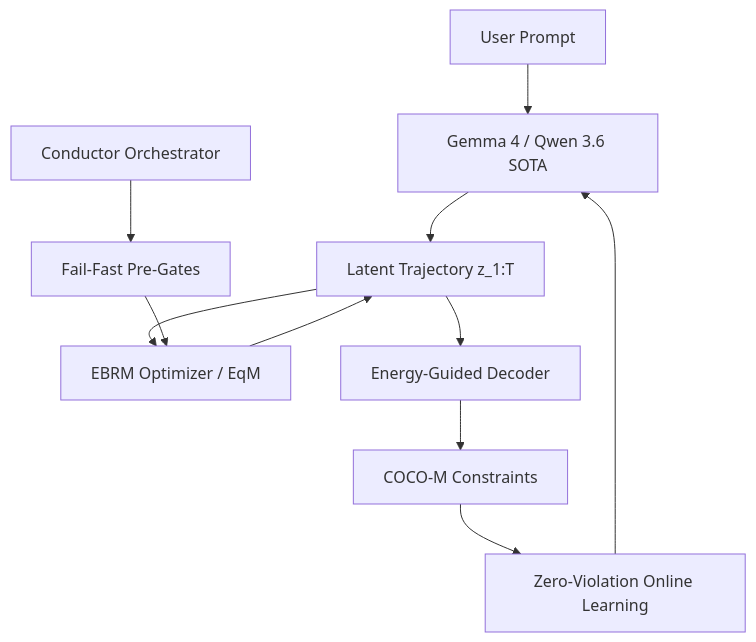
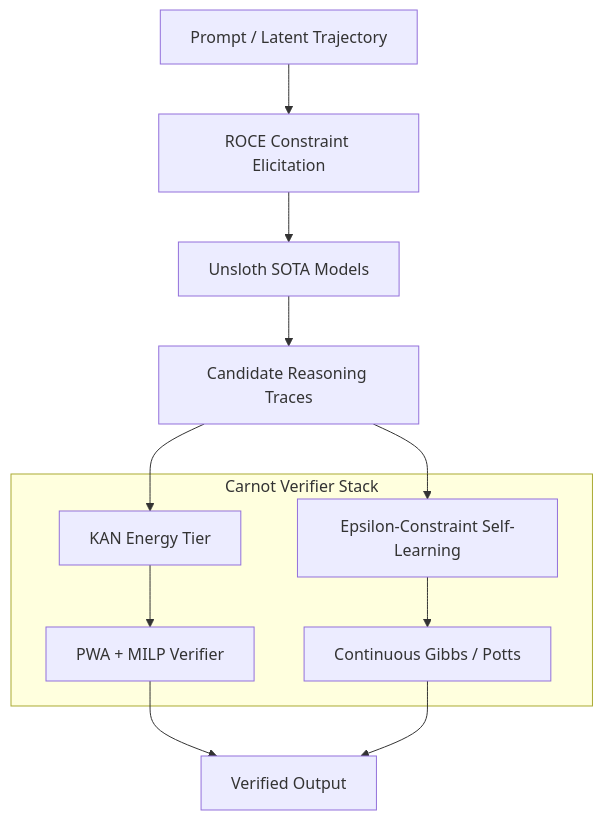
One commit to Carnot-EBM/carnot-ebm changed the diagram in openspec/change-proposals/research-roadmap-vNEXT.md. Above: the diagram before and after it, drawn with Mermaid. The commit also changed other lines of this file and 3 other files, not shown here.

````diff
--- a/openspec/change-proposals/research-roadmap-vNEXT.md
+++ b/openspec/change-proposals/research-roadmap-vNEXT.md
@@ -18,15 +26,17 @@
 ```mermaid
 graph TD
-    UserPrompt[User Prompt] --> SOTA[Gemma 4 / Qwen 3.6 SOTA]
-    SOTA --> LatentTrajectory[Latent Trajectory z_1:T]
-    LatentTrajectory --> EBRMOptimizer[EBRM Optimizer / EqM]
-    EBRMOptimizer --> LatentTrajectory
-    LatentTrajectory --> GuidedDecoder[Energy-Guided Decoder]
+    A[Prompt / Latent Trajectory] --> B[ROCE Constraint Elicitation]
+    B --> C[Unsloth SOTA Models]
+    C --> D[Candidate Reasoning Traces]
     
-    GuidedDecoder --> COCOM[COCO-M Constraints]
-    COCOM --> ZeroViolation[Zero-Violation Online Learning]
-    ZeroViolation --> SOTA
+    subgraph Carnot Verifier Stack
+        E[Epsilon-Constraint Self-Learning] --> F[Continuous Gibbs / Potts]
+        G[KAN Energy Tier] --> H[PWA + MILP Verifier]
+    end
     
-    Conductor[Conductor Orchestrator] --> FailFast[Fail-Fast Pre-Gates]
-    FailFast --> EBRMOptimizer
+    D --> E
+    D --> G
+    
+    H --> I[Verified Output]
+    F --> I
 ```
````
